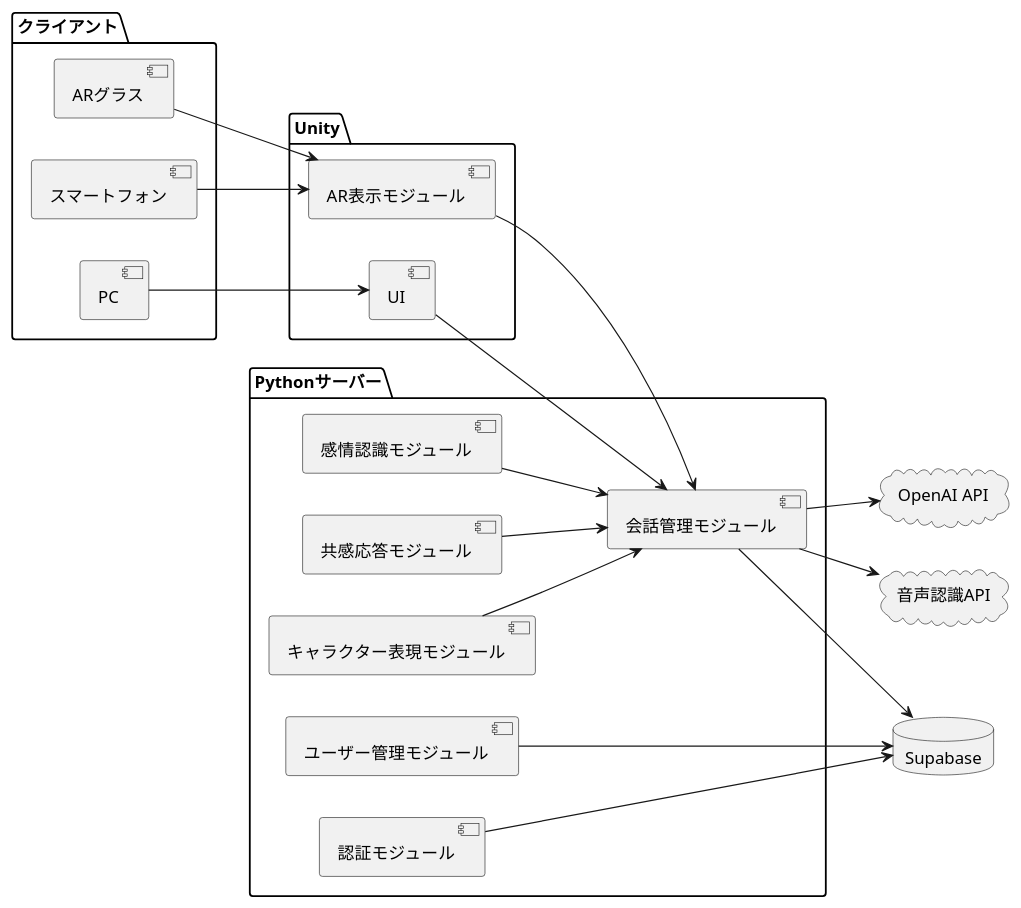
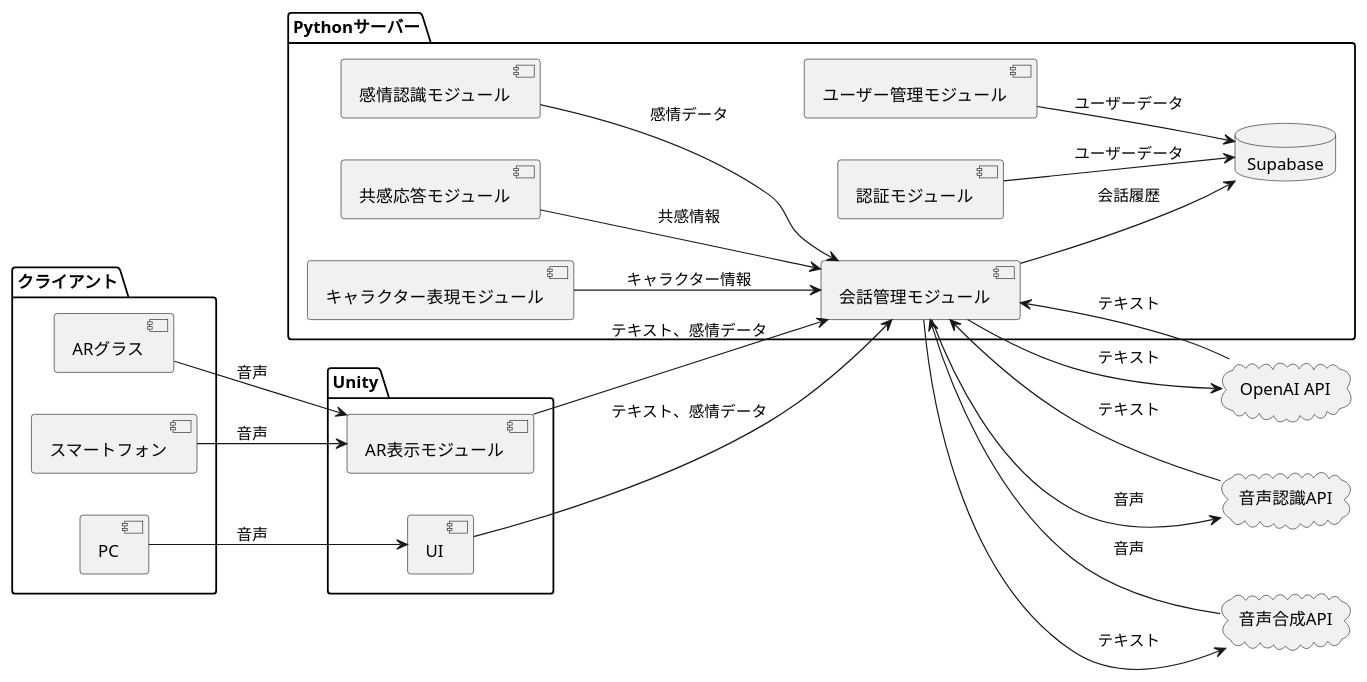
Before and after one commit to t012093/ar-character-ai: the first of 4 diagrams in doc/detailed_design.md, drawn with PlantUML. The commit also changed other lines of this file and 2 other files, not shown here.

````diff
--- a/doc/detailed_design.md
+++ b/doc/detailed_design.md
@@ -11,50 +11,54 @@
 ```plantuml
 @startuml
 left to right direction
 
 package "クライアント" {
   [ARグラス] as arglass
   [スマートフォン] as smartphone
   [PC] as pc
 }
 
 package "Unity" {
   [AR表示モジュール] as ar_module
   [UI] as ui
 }
 
 package "Pythonサーバー" {
   [会話管理モジュール] as conversation
   [感情認識モジュール] as emotion
   [共感応答モジュール] as empathy
   [キャラクター表現モジュール] as character
   [ユーザー管理モジュール] as user_mgmt
   [認証モジュール] as auth
+  database Supabase
 }
-
-database Supabase
 
 cloud "OpenAI API" as openai
 cloud "音声認識API" as speech_api
+cloud "音声合成API" as tts_api
 
-arglass --> ar_module
-smartphone --> ar_module
-pc --> ui
+arglass --> ar_module : 音声
+smartphone --> ar_module : 音声
+pc --> ui : 音声
 
-ar_module --> conversation
-ui --> conversation
+ar_module --> conversation : テキスト、感情データ
+ui --> conversation : テキスト、感情データ
 
-conversation --> openai
-conversation --> speech_api
-conversation --> Supabase
+conversation --> openai : テキスト
+openai --> conversation : テキスト
+conversation --> speech_api : 音声
+speech_api --> conversation : テキスト
+conversation --> tts_api : テキスト
+tts_api --> conversation : 音声
+conversation --> Supabase : 会話履歴
 
-emotion --> conversation
+emotion --> conversation : 感情データ
 
-empathy --> conversation
+empathy --> conversation : 共感情報
 
-character --> conversation
+character --> conversation : キャラクター情報
 
-user_mgmt --> Supabase
-auth --> Supabase
+user_mgmt --> Supabase : ユーザーデータ
+auth --> Supabase : ユーザーデータ
 @enduml
 ```
````
